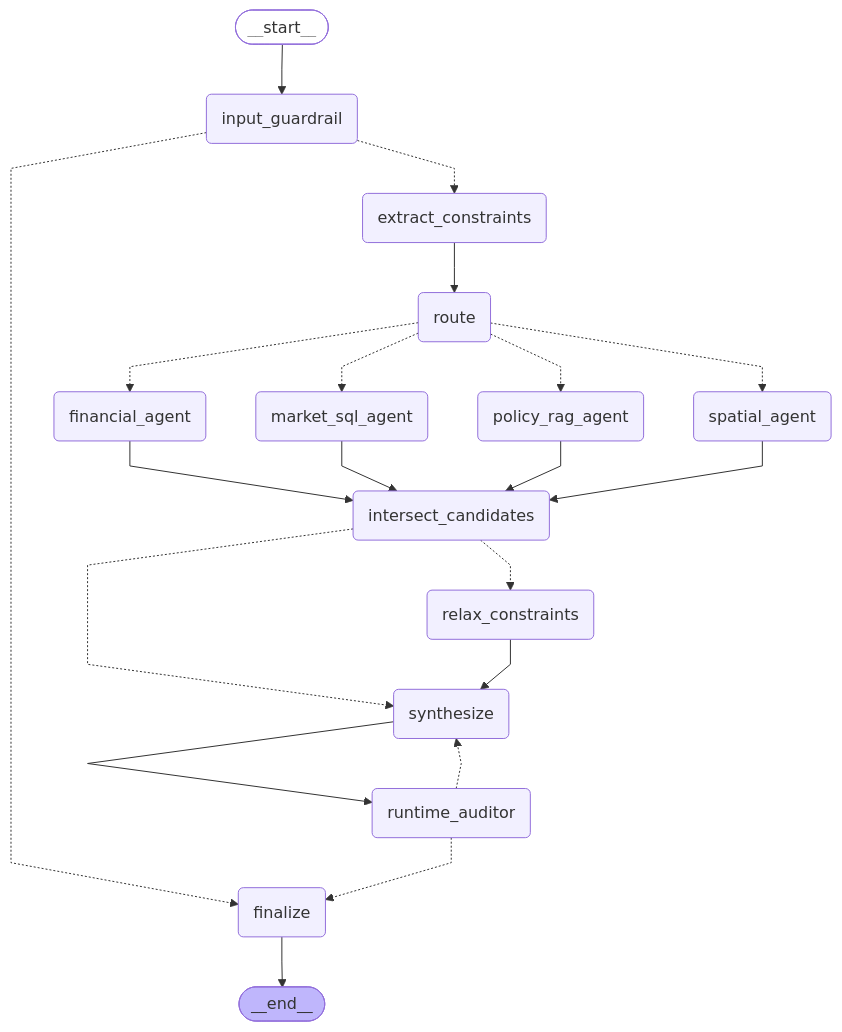
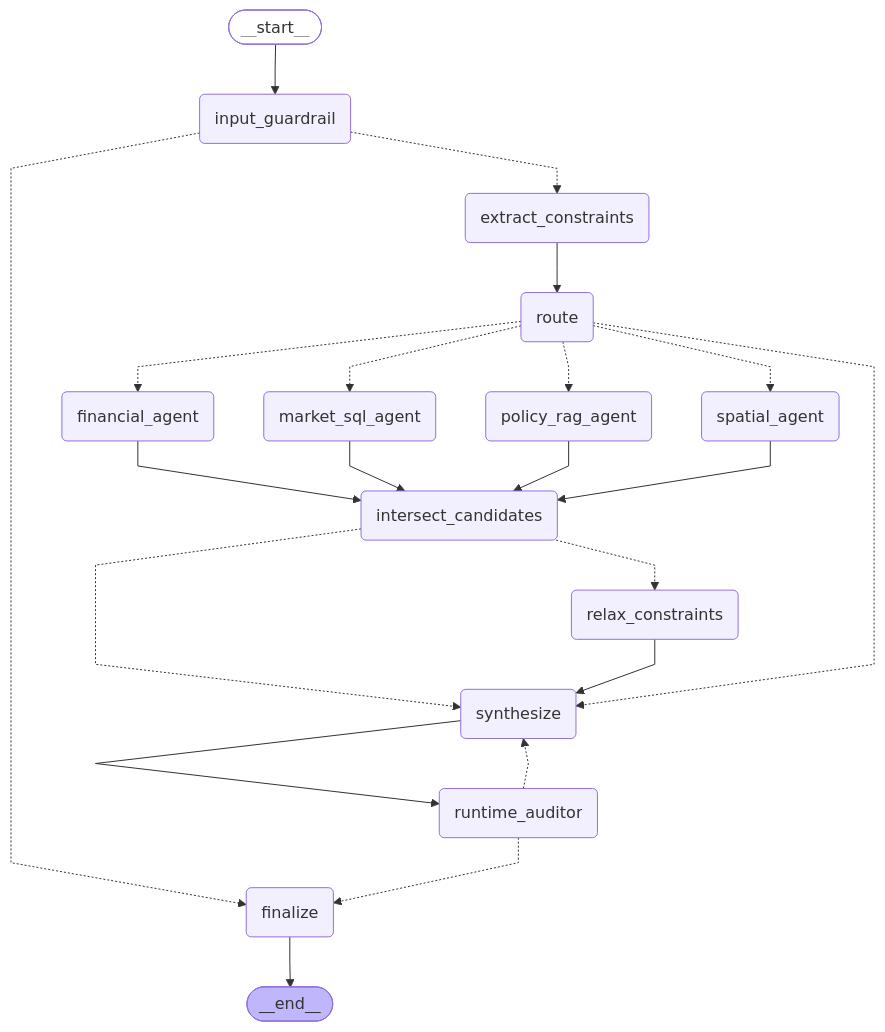
The first of 3 diagrams in docs/architecture_graphs.md (fcyap/HDB-Compass), drawn with Mermaid before and after one commit. The commit also changed other lines of this file and 12 other files, not shown here.

Commit message:
feat(member-1): Category D financial benchmark (15 questions, 90 total), financial scorer, README message-flow and repo tree

````diff
--- a/docs/architecture_graphs.md
+++ b/docs/architecture_graphs.md
@@ -12,44 +14,45 @@
 ```mermaid
 ---
 config:
   flowchart:
     curve: linear
 ---
 graph TD;
 	__start__([<p>__start__</p>]):::first
 	input_guardrail(input_guardrail)
 	extract_constraints(extract_constraints)
 	route(route)
 	market_sql_agent(market_sql_agent)
 	spatial_agent(spatial_agent)
 	financial_agent(financial_agent)
 	policy_rag_agent(policy_rag_agent)
 	intersect_candidates(intersect_candidates)
 	relax_constraints(relax_constraints)
 	synthesize(synthesize)
 	runtime_auditor(runtime_auditor)
 	finalize(finalize)
 	__end__([<p>__end__</p>]):::last
 	__start__ --> input_guardrail;
 	extract_constraints --> route;
 	financial_agent --> intersect_candidates;
 	input_guardrail -.-> extract_constraints;
 	input_guardrail -.-> finalize;
 	intersect_candidates -.-> relax_constraints;
 	intersect_candidates -.-> synthesize;
 	market_sql_agent --> intersect_candidates;
 	policy_rag_agent --> intersect_candidates;
 	relax_constraints --> synthesize;
 	route -.-> financial_agent;
 	route -.-> market_sql_agent;
 	route -.-> policy_rag_agent;
 	route -.-> spatial_agent;
+	route -.-> synthesize;
 	runtime_auditor -.-> finalize;
 	runtime_auditor -.-> synthesize;
 	spatial_agent --> intersect_candidates;
 	synthesize --> runtime_auditor;
 	finalize --> __end__;
 	classDef default fill:#f2f0ff,line-height:1.2
 	classDef first fill-opacity:0
 	classDef last fill:#bfb6fc
 ```
````
